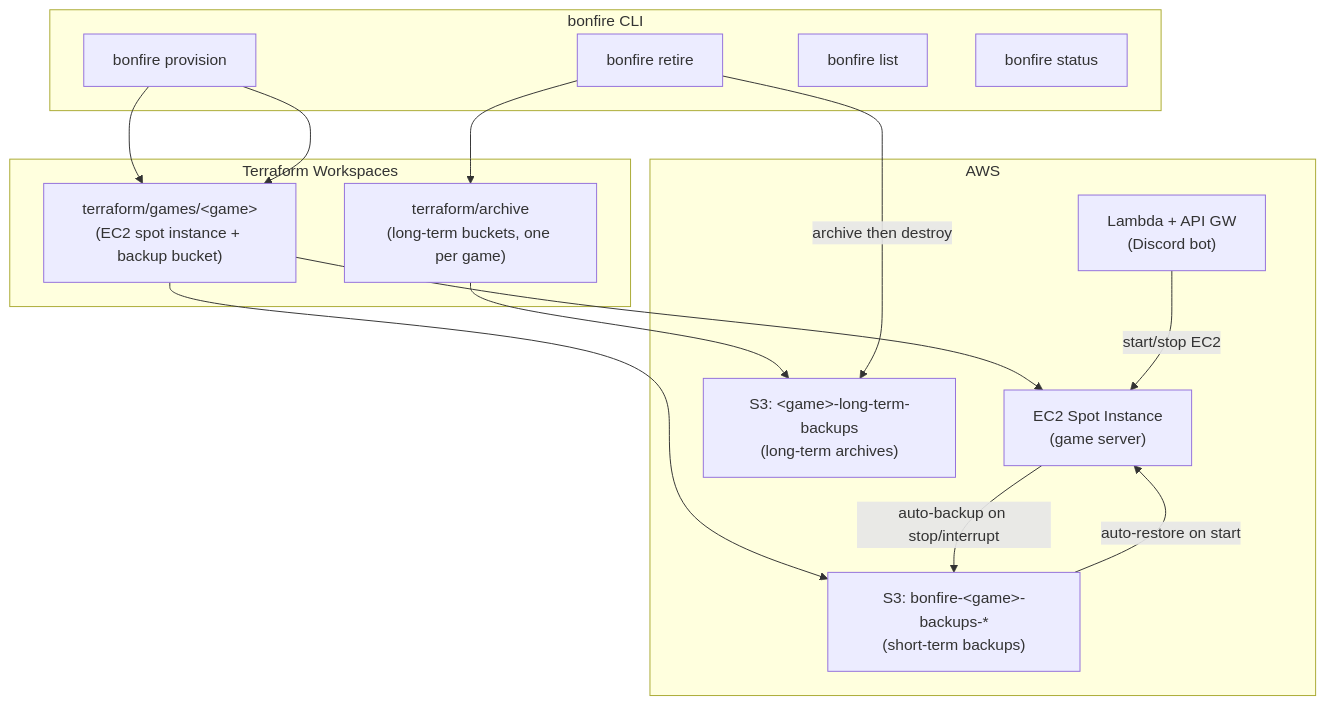
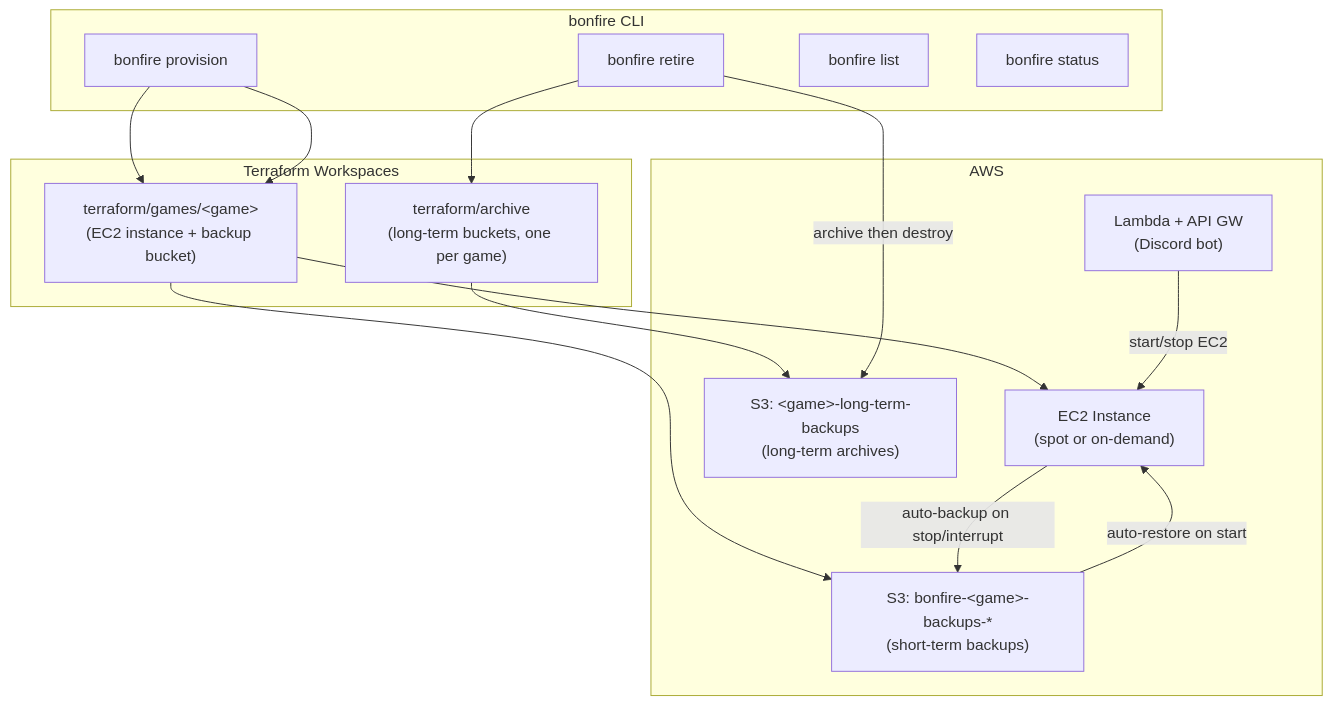
One commit to akolu/valheim-aws changed the diagram in README.md. Above: the diagram before and after it, drawn with Mermaid. The commit also changed other lines of this file and 18 other files, not shown here.

First line of the commit message:
feat(game-server): per-game spot/on-demand capacity toggle (#15)

````diff
--- a/README.md
+++ b/README.md
@@ -7,29 +7,29 @@
 ```mermaid
 graph TD
     subgraph CLI ["bonfire CLI"]
         provision["bonfire provision"]
         retire["bonfire retire"]
         list["bonfire list"]
         status["bonfire status"]
     end
 
     subgraph TF ["Terraform Workspaces"]
-        tgame["terraform/games/&lt;game&gt;\n(EC2 spot instance + backup bucket)"]
+        tgame["terraform/games/&lt;game&gt;\n(EC2 instance + backup bucket)"]
         tarchive["terraform/archive\n(long-term buckets, one per game)"]
     end
 
     subgraph AWS
-        ec2["EC2 Spot Instance\n(game server)"]
+        ec2["EC2 Instance\n(spot or on-demand)"]
         backup["S3: bonfire-&lt;game&gt;-backups-*\n(short-term backups)"]
         longterm["S3: &lt;game&gt;-long-term-backups\n(long-term archives)"]
         lambda["Lambda + API GW\n(Discord bot)"]
     end
 
     provision --> tgame --> ec2
     provision --> tgame --> backup
     retire --> tarchive --> longterm
     ec2 -->|"auto-backup on stop/interrupt"| backup
     backup -->|"auto-restore on start"| ec2
     retire -->|"archive then destroy"| longterm
     lambda -->|"start/stop EC2"| ec2
 ```
````
